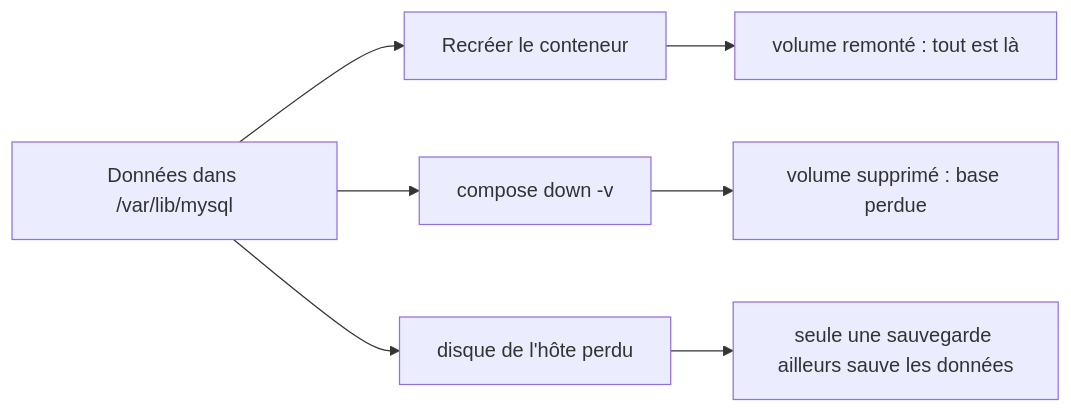
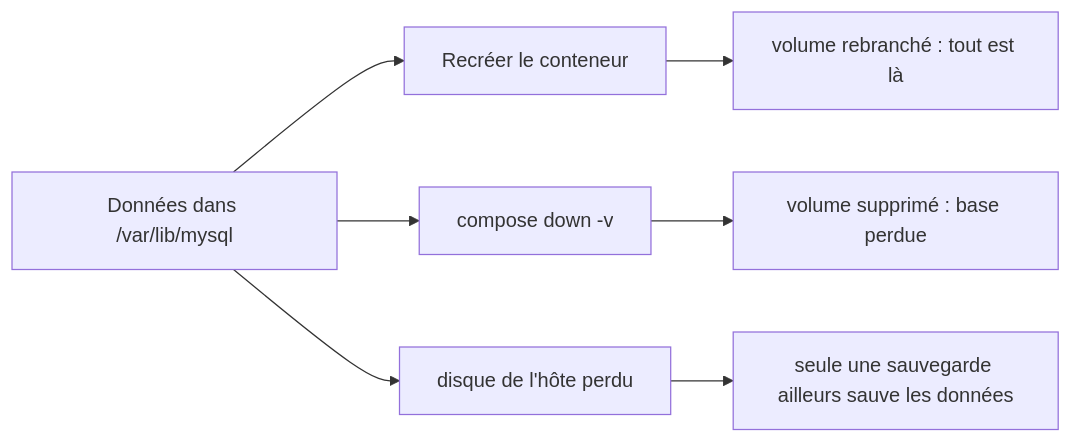
One commit to astronas/Ynov---Containerization-Orchestration changed the first of 2 diagrams in docs/Stockage-et-volumes.md. Above: the diagram before and after it, drawn with Mermaid. The commit also changed other lines of this file and 27 other files, not shown here.

````diff
--- a/docs/Stockage-et-volumes.md
+++ b/docs/Stockage-et-volumes.md
@@ -139,6 +207,6 @@
 ```mermaid
 flowchart LR
-    S["Données dans /var/lib/mysql"] --> R1["Recréer le conteneur"] --> O1["volume remonté : tout est là"]
+    S["Données dans /var/lib/mysql"] --> R1["Recréer le conteneur"] --> O1["volume rebranché : tout est là"]
     S --> R3["compose down -v"] --> O3["volume supprimé : base perdue"]
     S --> R4["disque de l'hôte perdu"] --> O4["seule une sauvegarde ailleurs sauve les données"]
 ```
````
